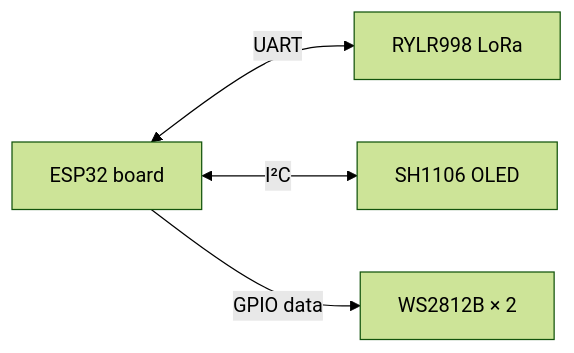
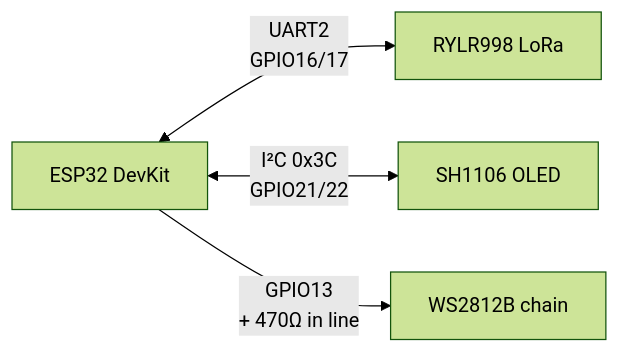
One commit to Techposts/TankSync changed the third of 7 diagrams in hardware/wiring.md. Above: the diagram before and after it, drawn with Mermaid (forest theme). The commit also changed other lines of this file, not shown here.

````diff
--- a/hardware/wiring.md
+++ b/hardware/wiring.md
@@ -46,6 +82,6 @@
 ```mermaid
 flowchart LR
-    ESP[ESP32 board] <-->|UART| LORA[RYLR998 LoRa]
-    ESP <-->|I²C| OLED[SH1106 OLED]
-    ESP -->|GPIO data| LEDS[WS2812B × 2]
+    ESP[ESP32 DevKit] <-->|UART2<br/>GPIO16/17| LORA[RYLR998 LoRa]
+    ESP <-->|I²C 0x3C<br/>GPIO21/22| OLED[SH1106 OLED]
+    ESP -->|GPIO13<br/>+ 470Ω in line| LEDS[WS2812B chain]
 ```
````
